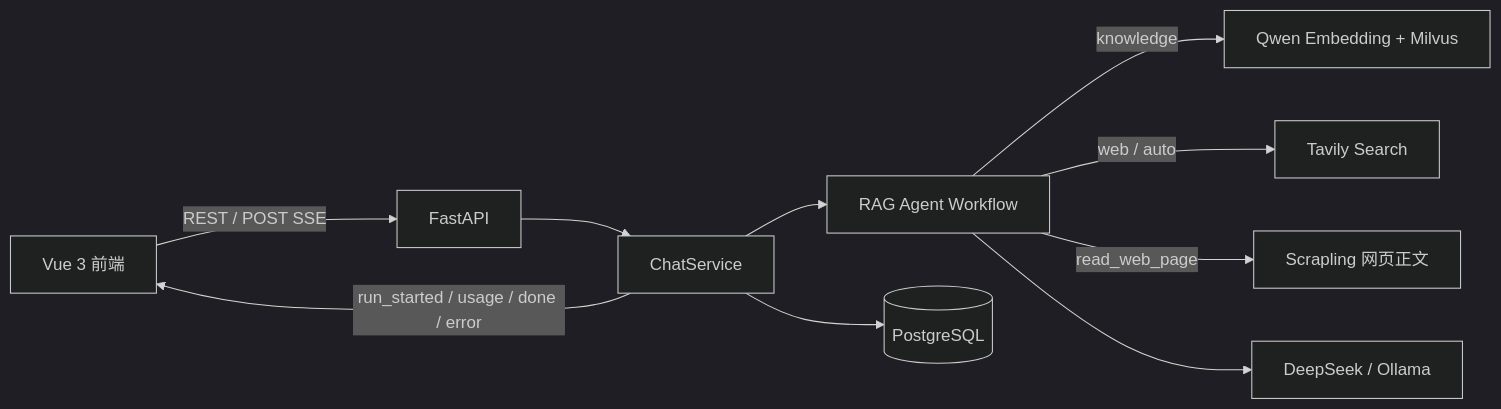
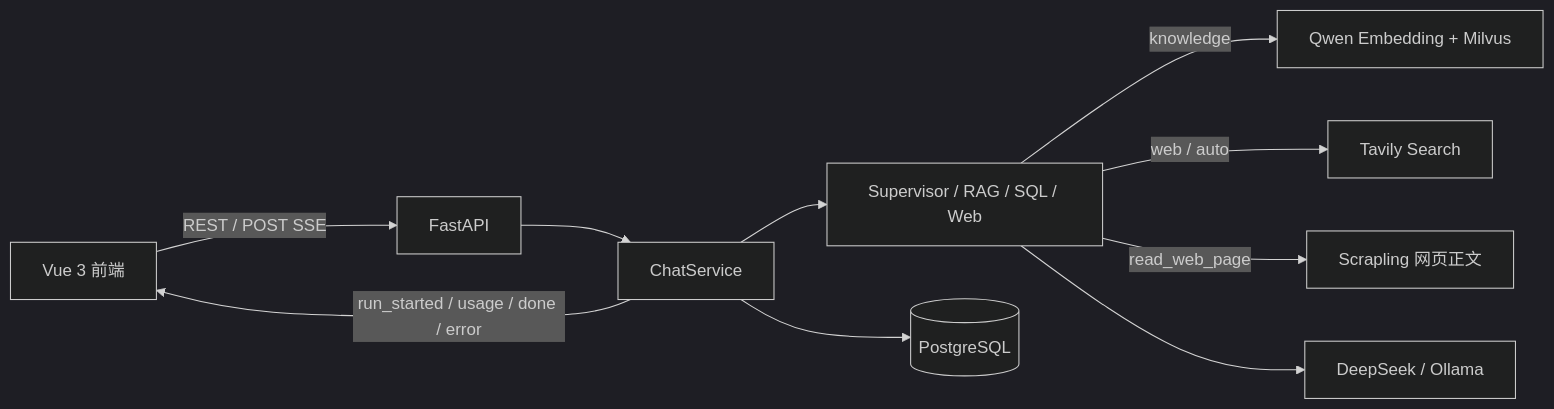
One commit to Yu050318/learning-qa-assistant changed the diagram in README.md. Above: the diagram before and after it, drawn with Mermaid (dark theme). The commit also changed other lines of this file and 30 other files, not shown here.

Commit message:
feat: add supervisor with RAG SQL and Web agents

````diff
--- a/README.md
+++ b/README.md
@@ -35,12 +48,12 @@
 ```mermaid
 flowchart LR
     UI[Vue 3 前端] -->|REST / POST SSE| API[FastAPI]
     API --> CHAT[ChatService]
-    CHAT --> AGENT[RAG Agent Workflow]
+    CHAT --> AGENT[Supervisor / RAG / SQL / Web]
     AGENT -->|knowledge| RETRIEVE[Qwen Embedding + Milvus]
     AGENT -->|web / auto| WEB[Tavily Search]
     AGENT -->|read_web_page| PAGE[Scrapling 网页正文]
     AGENT --> MODEL[DeepSeek / Ollama]
     CHAT --> DB[(PostgreSQL)]
     CHAT -->|run_started / usage / done / error| UI
 ```
````
